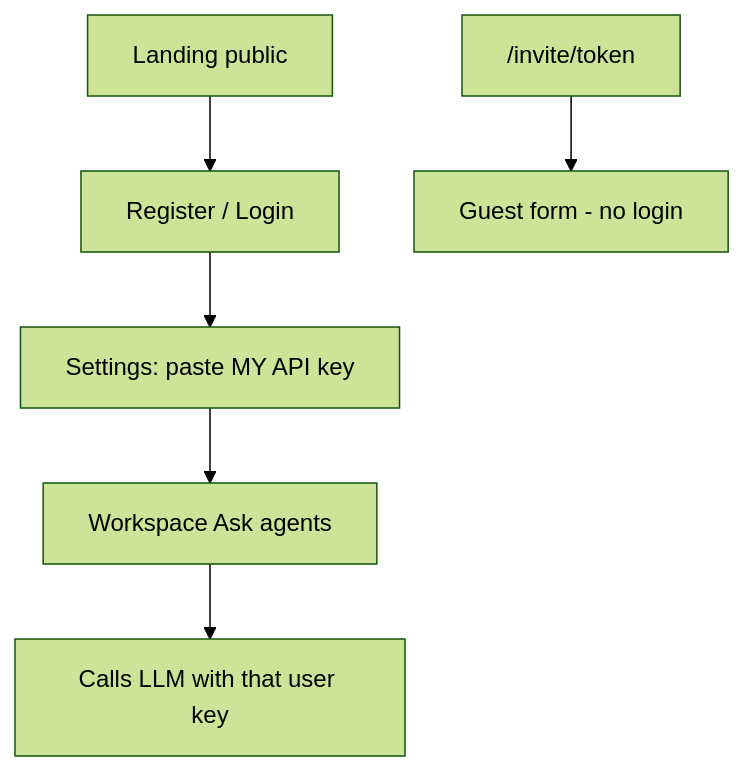
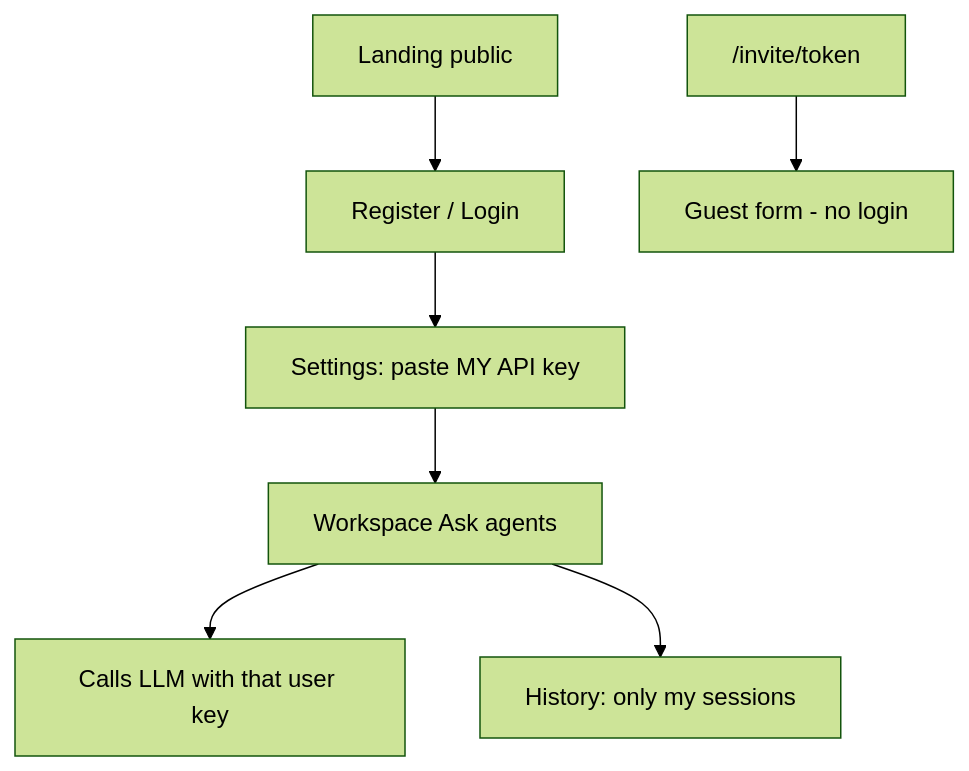
The diagram in docs/wiki/User-Accounts.md (sadiawaseem4487-create/perspective-lab), drawn with Mermaid (forest theme) before and after one commit. The commit also changed other lines of this file and 13 other files, not shown here.

First line of the commit message:
Isolate sessions per user and add History for private past runs.

````diff
--- a/docs/wiki/User-Accounts.md
+++ b/docs/wiki/User-Accounts.md
@@ -21,8 +21,9 @@
 ```mermaid
 flowchart TD
   L[Landing public] --> R[Register / Login]
   R --> S[Settings: paste MY API key]
   S --> W[Workspace Ask agents]
   W --> LLM[Calls LLM with that user key]
+  W --> H[History: only my sessions]
   I["/invite/token"] --> G[Guest form - no login]
 ```
````
